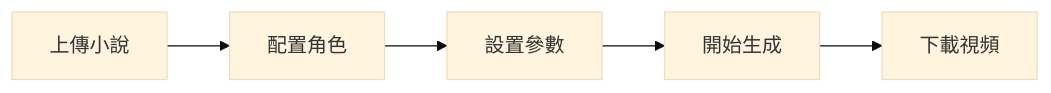
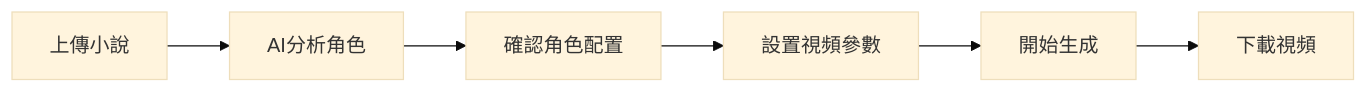
The diagram in plans/quick-start-guide.md (BYLinMou/GenVideo), drawn with Mermaid (base theme) before and after one commit. The commit also changed other lines of this file and 2 other files, not shown here.

Commit message:
feat: Update architecture and quick start guide; add TTS voice configuration document

````diff
--- a/plans/quick-start-guide.md
+++ b/plans/quick-start-guide.md
@@ -37,7 +47,8 @@
 ```mermaid
 graph LR
-    A[上傳小說] --> B[配置角色]
-    B --> C[設置參數]
-    C --> D[開始生成]
-    D --> E[下載視頻]
+    A[上傳小說] --> B[AI分析角色]
+    B --> C[確認角色配置]
+    C --> D[設置視頻參數]
+    D --> E[開始生成]
+    E --> F[下載視頻]
 ```
````
